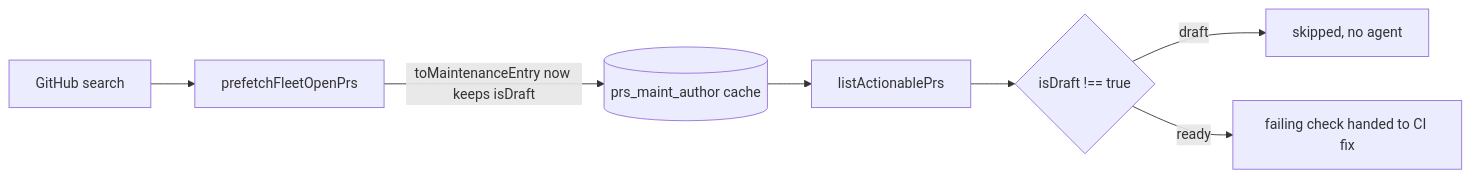
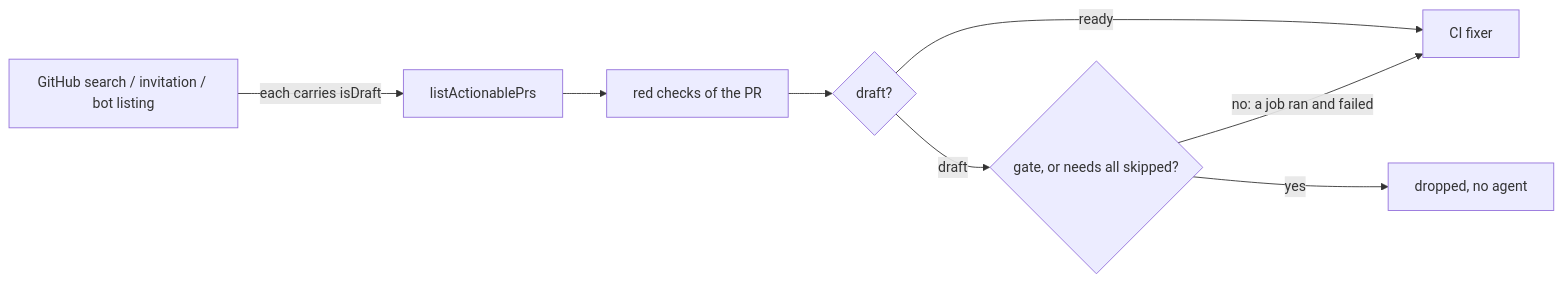
The diagram in docs/archive/pr-summaries/pr-summary-4951.md (stSoftwareAU/VibeCoder), drawn with Mermaid before and after one commit. The commit also changed other lines of this file and 10 other files, not shown here.

First line of the commit message:
fix: skip a draft's by-design CI failures only, carry isDraft on every listing (PR #5030 review)

````diff
--- a/docs/archive/pr-summaries/pr-summary-4951.md
+++ b/docs/archive/pr-summaries/pr-summary-4951.md
@@ -50,9 +67,10 @@
 ```mermaid
 flowchart LR
-    S[GitHub search] --> P[prefetchFleetOpenPrs]
-    P -->|toMaintenanceEntry now keeps isDraft| C[(prs_maint_author cache)]
-    C --> L[listActionablePrs]
-    L --> F{"isDraft !== true"}
-    F -->|draft| X[skipped, no agent]
-    F -->|ready| R[failing check handed to CI fix]
+    S[GitHub search / invitation / bot listing] -->|each carries isDraft| L[listActionablePrs]
+    L --> R[red checks of the PR]
+    R --> D{"draft?"}
+    D -->|ready| F[CI fixer]
+    D -->|draft| G{"gate, or needs all skipped?"}
+    G -->|yes| X[dropped, no agent]
+    G -->|no: a job ran and failed| F
 ```
````
